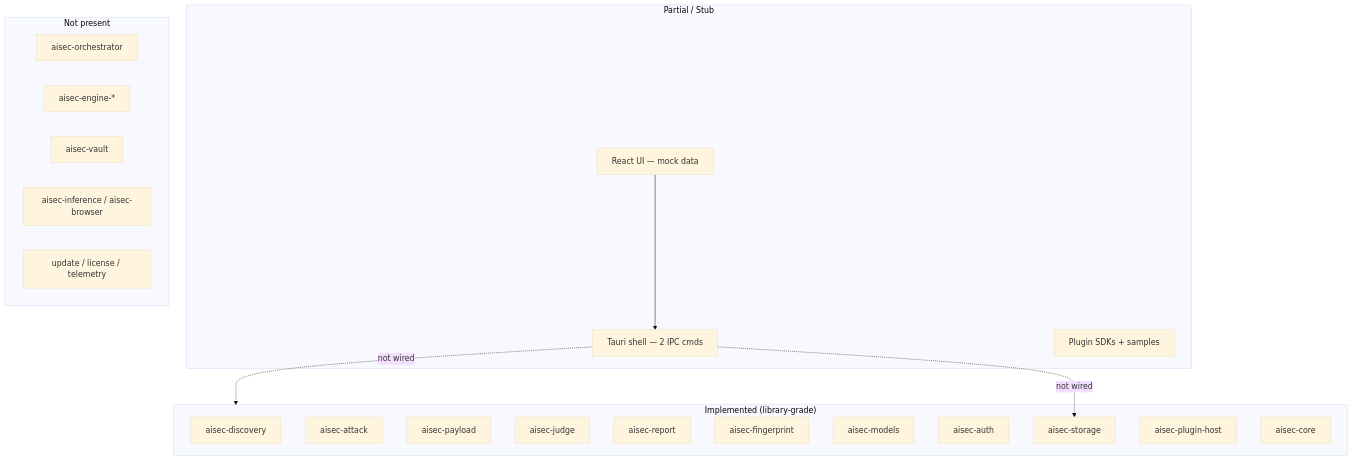
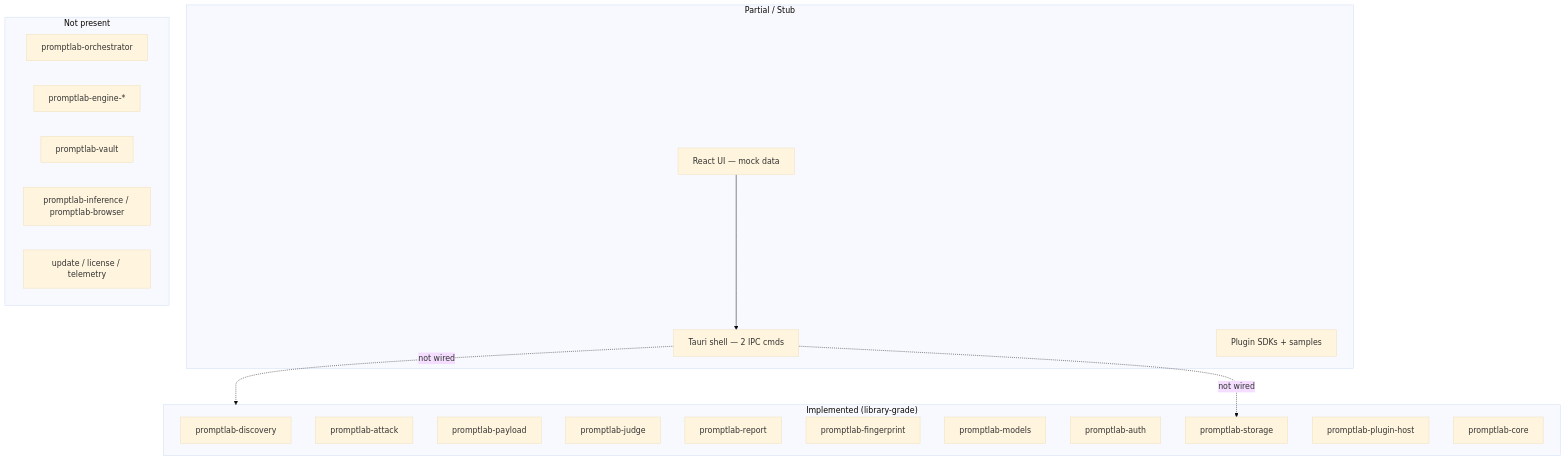
The diagram in docs/AUDIT_REPORT.md (YangYang-Research/yang-promptlab), drawn with Mermaid (base theme) before and after one commit. The commit also changed other lines of this file and 352 other files, not shown here.

First line of the commit message:
feat(promptlab): migrate from AISec to PromptLab framework

````diff
--- a/docs/AUDIT_REPORT.md
+++ b/docs/AUDIT_REPORT.md
@@ -31,34 +31,34 @@
 ```mermaid
 flowchart TB
     subgraph Done["Implemented (library-grade)"]
-        D[aisec-discovery]
-        A[aisec-attack]
-        P[aisec-payload]
-        J[aisec-judge]
-        R[aisec-report]
-        F[aisec-fingerprint]
-        M[aisec-models]
-        AU[aisec-auth]
-        S[aisec-storage]
-        PH[aisec-plugin-host]
-        C[aisec-core]
+        D[promptlab-discovery]
+        A[promptlab-attack]
+        P[promptlab-payload]
+        J[promptlab-judge]
+        R[promptlab-report]
+        F[promptlab-fingerprint]
+        M[promptlab-models]
+        AU[promptlab-auth]
+        S[promptlab-storage]
+        PH[promptlab-plugin-host]
+        C[promptlab-core]
     end
 
     subgraph Partial["Partial / Stub"]
         UI[React UI — mock data]
         TAURI[Tauri shell — 2 IPC cmds]
         SDK[Plugin SDKs + samples]
     end
 
     subgraph Missing["Not present"]
-        ORCH[aisec-orchestrator]
-        ENG[aisec-engine-*]
-        VAULT[aisec-vault]
-        INF[aisec-inference / aisec-browser]
+        ORCH[promptlab-orchestrator]
+        ENG[promptlab-engine-*]
+        VAULT[promptlab-vault]
+        INF[promptlab-inference / promptlab-browser]
         OPS[update / license / telemetry]
     end
 
     UI --> TAURI
     TAURI -.->|not wired| S
     TAURI -.->|not wired| Done
 ```
````
